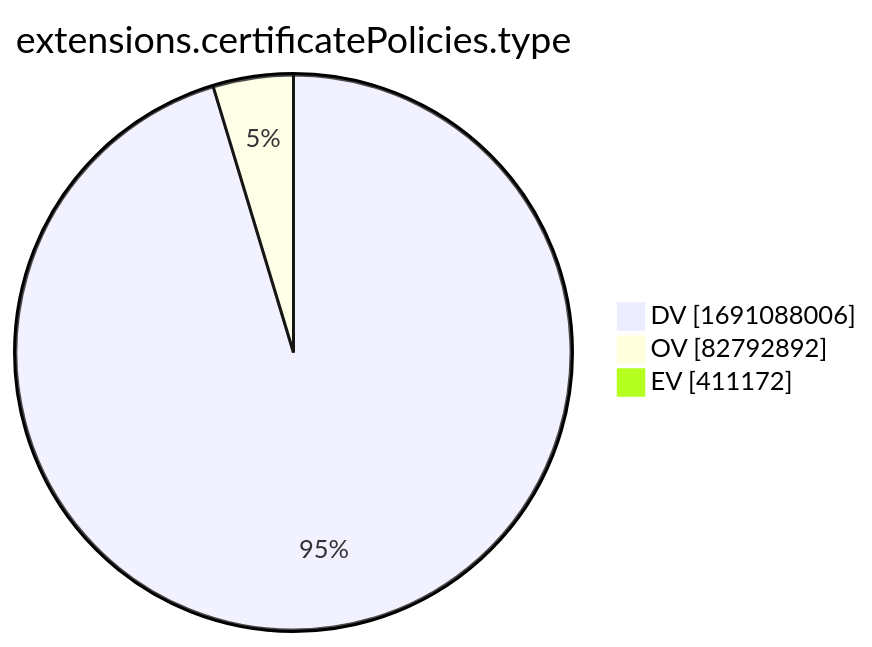
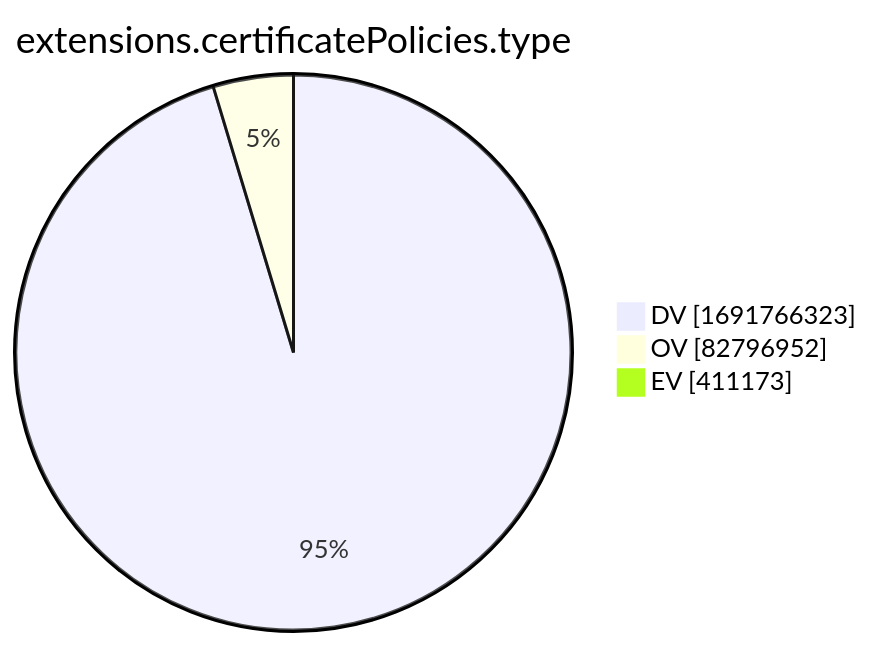
One commit to christiankrug/ctmonitor_visualization changed the tenth of 15 diagrams in xenon2022/README.md. Above: the diagram before and after it, drawn with Mermaid. The commit also changed other lines of this file, not shown here.

````diff
--- a/xenon2022/README.md
+++ b/xenon2022/README.md
@@ -2881,7 +2881,7 @@
 ```mermaid
 pie showData
 title extensions.certificatePolicies.type
-"DV" :1691088006
-"OV" :82792892
-"EV" :411172
+"DV" :1691766323
+"OV" :82796952
+"EV" :411173
 ```
````
